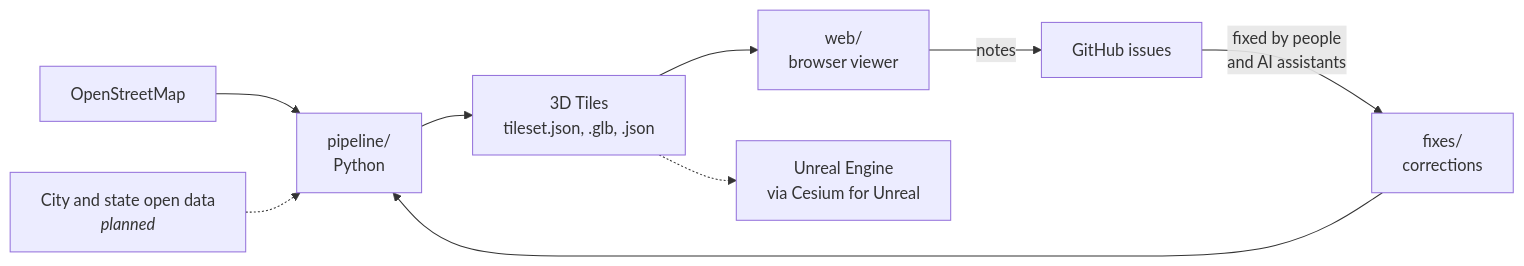
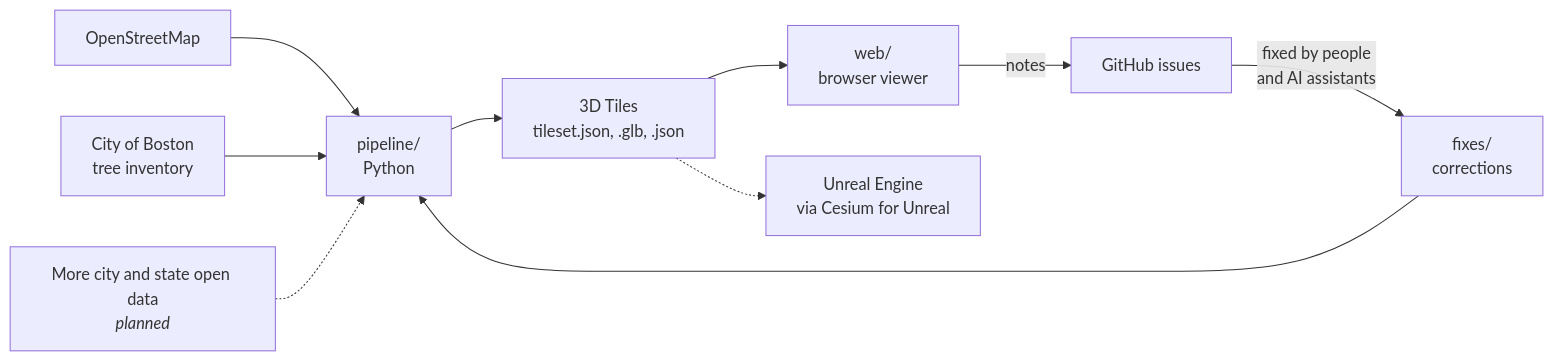
Before and after one commit to ohinai/boston-model: the diagram in README.md, drawn with Mermaid. The commit also changed other lines of this file and 26 other files, not shown here.

````diff
--- a/README.md
+++ b/README.md
@@ -82,11 +94,12 @@
 ```mermaid
 flowchart LR
     osm[OpenStreetMap] --> pipeline
-    city[City and state open data<br/><i>planned</i>] -.-> pipeline
+    trees[City of Boston<br/>tree inventory] --> pipeline
+    city[More city and state open data<br/><i>planned</i>] -.-> pipeline
     fixes[fixes/<br/>corrections] --> pipeline
     pipeline[pipeline/<br/>Python] --> tiles[3D Tiles<br/>tileset.json, .glb, .json]
     tiles --> web[web/<br/>browser viewer]
     tiles -.-> unreal[Unreal Engine<br/>via Cesium for Unreal]
     web -- notes --> tickets[GitHub issues]
     tickets -- fixed by people<br/>and AI assistants --> fixes
 ```
````
